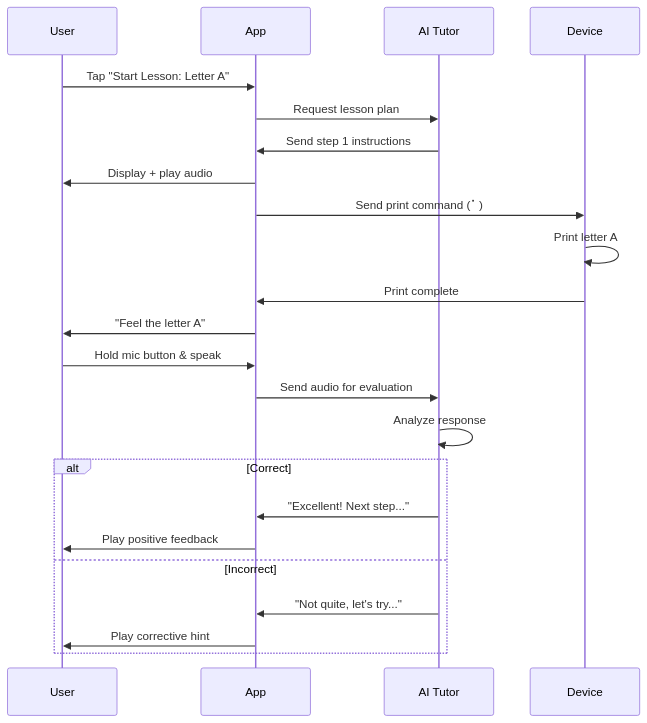
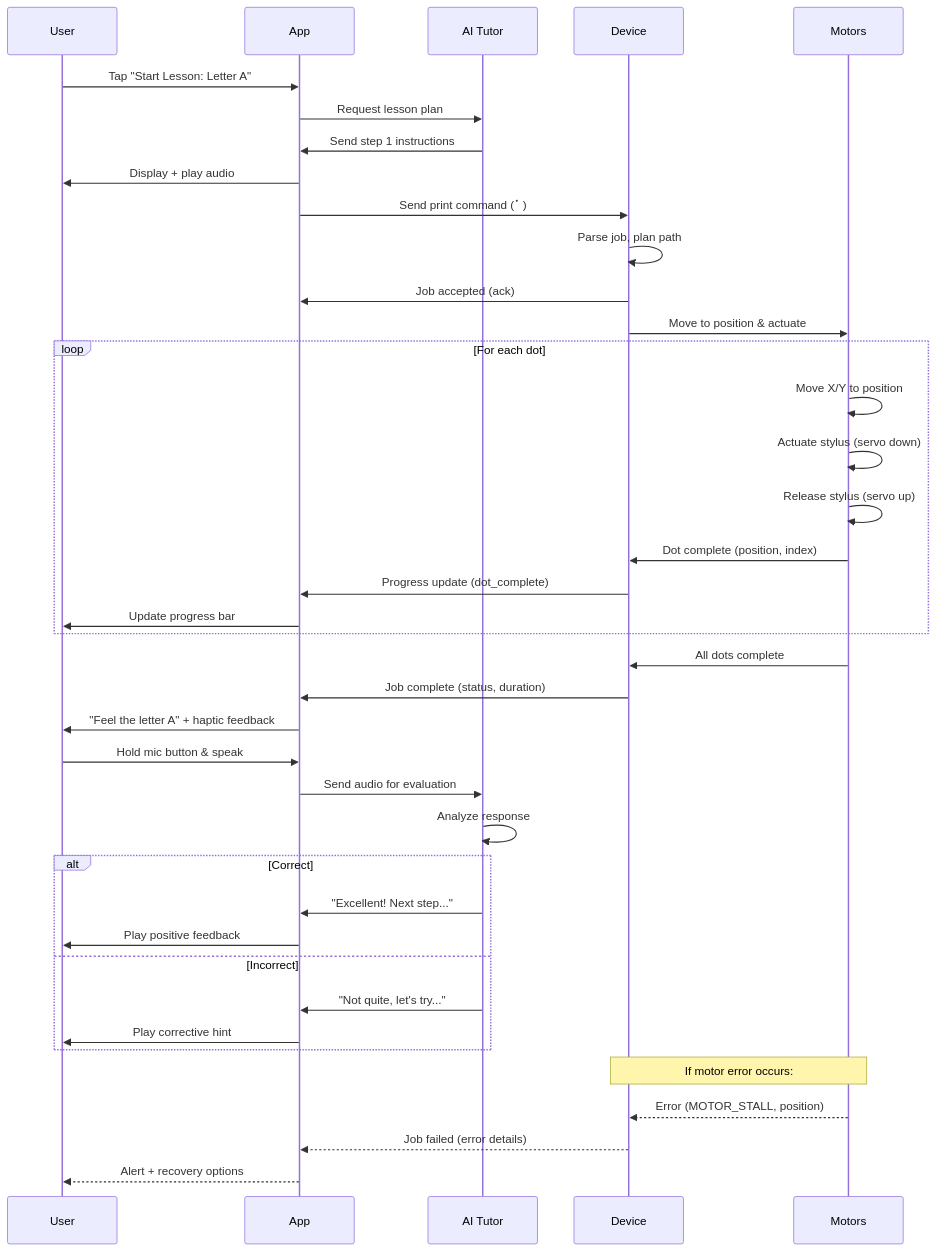
One commit to vikrantwiz02/DFP-13 changed the second of 2 diagrams in 07_Mobile_App_Specification.md. Above: the diagram before and after it, drawn with Mermaid. The commit also changed other lines of this file, not shown here.

Commit message:
Enhance mobile app specification with motor acknowledgment protocol and real-time print progress monitoring

````diff
--- a/07_Mobile_App_Specification.md
+++ b/07_Mobile_App_Specification.md
@@ -177,26 +177,46 @@
 ```mermaid
 sequenceDiagram
     participant U as User
     participant A as App
     participant AI as AI Tutor
     participant D as Device
+    participant M as Motors
     
     U->>A: Tap "Start Lesson: Letter A"
     A->>AI: Request lesson plan
     AI->>A: Send step 1 instructions
     A->>U: Display + play audio
     A->>D: Send print command (⠁)
-    D->>D: Print letter A
-    D->>A: Print complete
-    A->>U: "Feel the letter A"
+    D->>D: Parse job, plan path
+    D->>A: Job accepted (ack)
+    D->>M: Move to position & actuate
+    
+    loop For each dot
+        M->>M: Move X/Y to position
+        M->>M: Actuate stylus (servo down)
+        M->>M: Release stylus (servo up)
+        M->>D: Dot complete (position, index)
+        D->>A: Progress update (dot_complete)
+        A->>U: Update progress bar
+    end
+    
+    M->>D: All dots complete
+    D->>A: Job complete (status, duration)
+    A->>U: "Feel the letter A" + haptic feedback
+    
     U->>A: Hold mic button & speak
     A->>AI: Send audio for evaluation
     AI->>AI: Analyze response
     alt Correct
         AI->>A: "Excellent! Next step..."
         A->>U: Play positive feedback
     else Incorrect
         AI->>A: "Not quite, let's try..."
         A->>U: Play corrective hint
     end
+    
+    Note over M,D: If motor error occurs:
+    M-->>D: Error (MOTOR_STALL, position)
+    D-->>A: Job failed (error details)
+    A-->>U: Alert + recovery options
 ```
````
